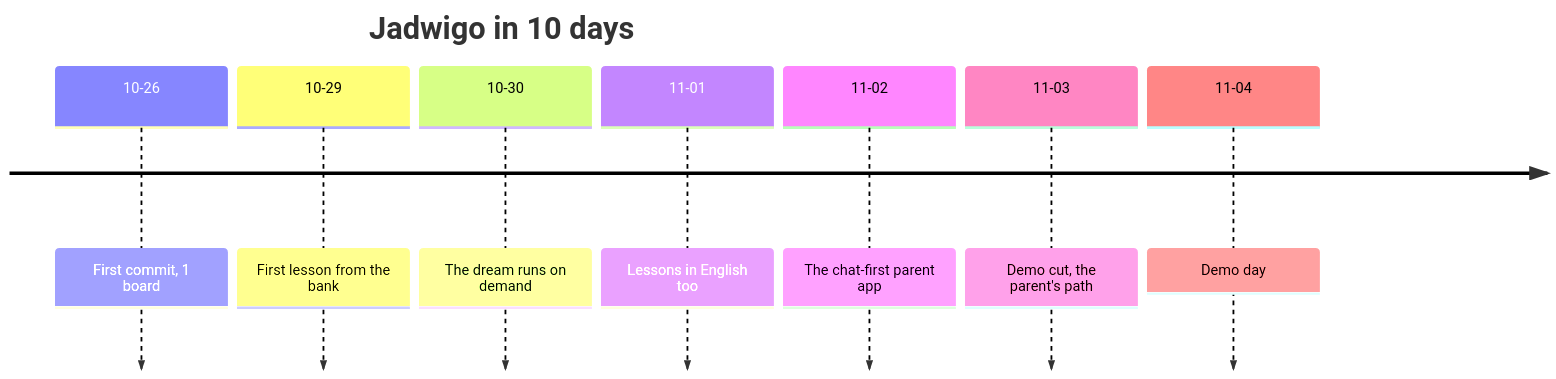
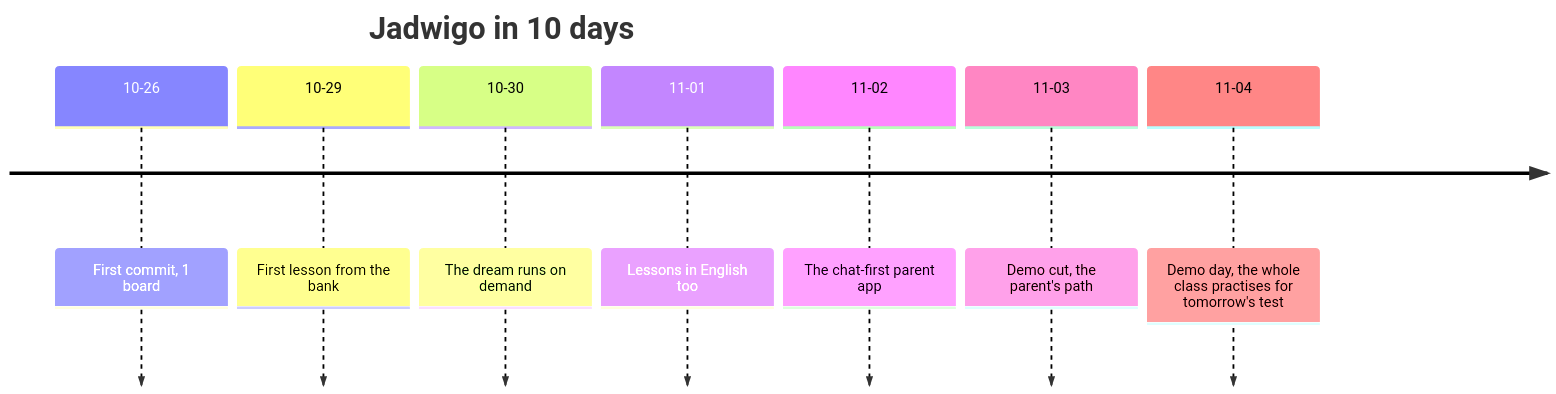
Before and after one commit to vasyl-stanislavchuk/jadwigo-hackathon: the diagram in apps/docs/src/lib/diagrams/story-timeline.mmd, drawn with Mermaid. The commit also changed 28 other files, not shown here.

```diff
--- a/apps/docs/src/lib/diagrams/story-timeline.mmd
+++ b/apps/docs/src/lib/diagrams/story-timeline.mmd
@@ -1,9 +1,9 @@
 timeline
   title Jadwigo in 10 days
   10-26 : First commit, 1 board
   10-29 : First lesson from the bank
   10-30 : The dream runs on demand
   11-01 : Lessons in English too
   11-02 : The chat-first parent app
   11-03 : Demo cut, the parent's path
-  11-04 : Demo day
+  11-04 : Demo day, the whole class practises for tomorrow's test
```
